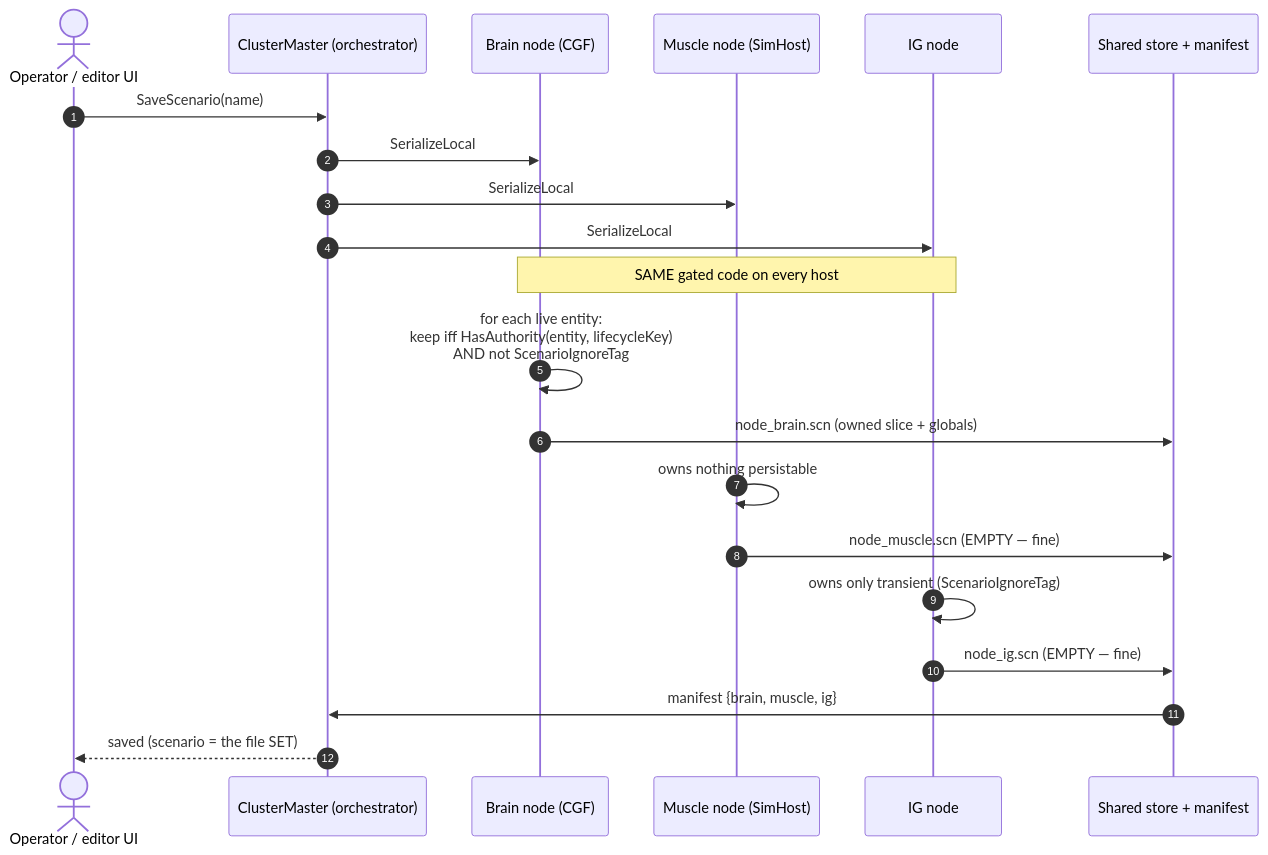
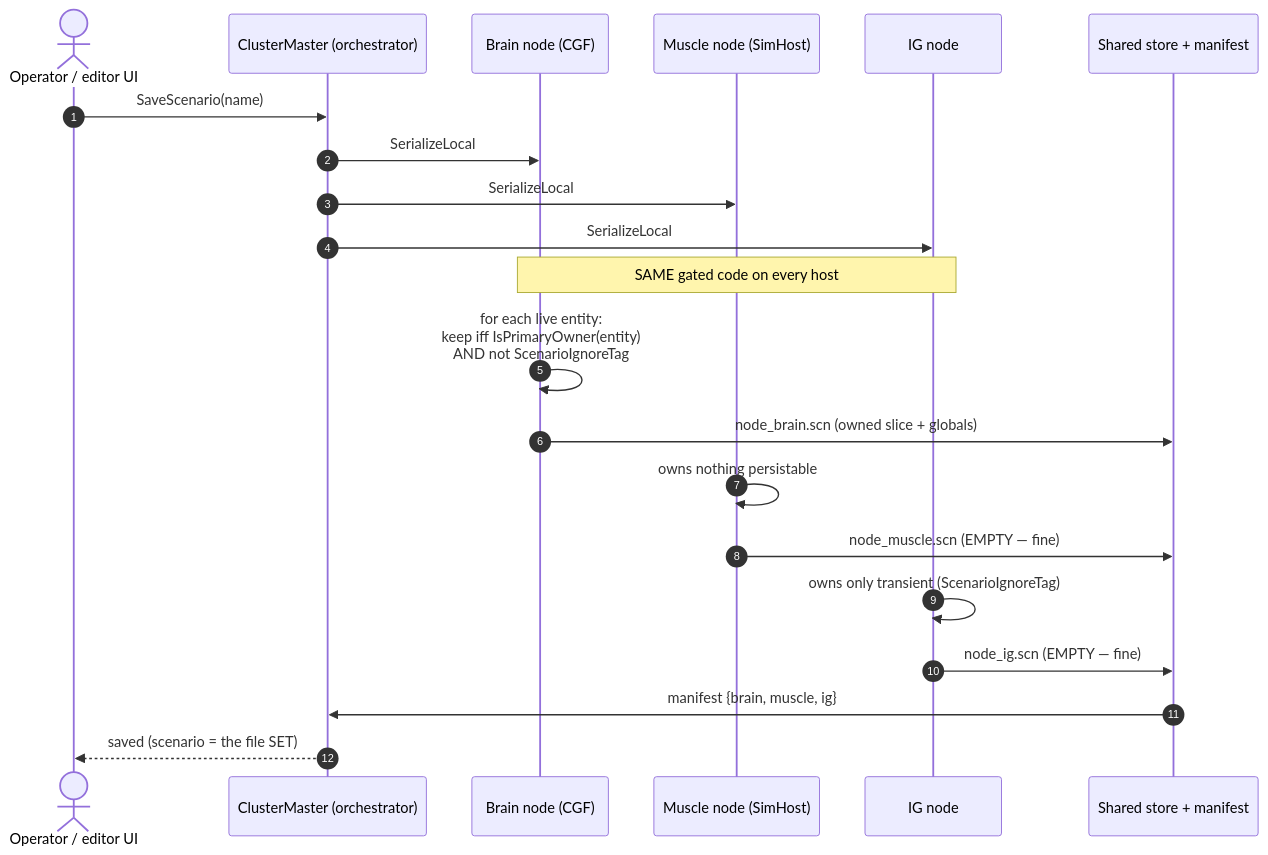
The second of 4 diagrams in docs/DESIGN_Distributed_Scenario_Persistence.md (pjanec/HROT), drawn with Mermaid before and after one commit. The commit also changed other lines of this file, not shown here.

````diff
--- a/docs/DESIGN_Distributed_Scenario_Persistence.md
+++ b/docs/DESIGN_Distributed_Scenario_Persistence.md
@@ -163,24 +163,24 @@
 ```mermaid
 sequenceDiagram
     autonumber
     actor Op as Operator / editor UI
     participant CM as ClusterMaster (orchestrator)
     participant Brain as Brain node (CGF)
     participant Muscle as Muscle node (SimHost)
     participant IG as IG node
     participant NAS as Shared store + manifest
 
     Op->>CM: SaveScenario(name)
     CM->>Brain: SerializeLocal
     CM->>Muscle: SerializeLocal
     CM->>IG: SerializeLocal
     Note over Brain,IG: SAME gated code on every host
-    Brain->>Brain: for each live entity:<br/>keep iff HasAuthority(entity, lifecycleKey)<br/>AND not ScenarioIgnoreTag
+    Brain->>Brain: for each live entity:<br/>keep iff IsPrimaryOwner(entity)<br/>AND not ScenarioIgnoreTag
     Brain->>NAS: node_brain.scn (owned slice + globals)
     Muscle->>Muscle: owns nothing persistable
     Muscle->>NAS: node_muscle.scn (EMPTY — fine)
     IG->>IG: owns only transient (ScenarioIgnoreTag)
     IG->>NAS: node_ig.scn (EMPTY — fine)
     NAS->>CM: manifest {brain, muscle, ig}
     CM-->>Op: saved (scenario = the file SET)
 ```
````
